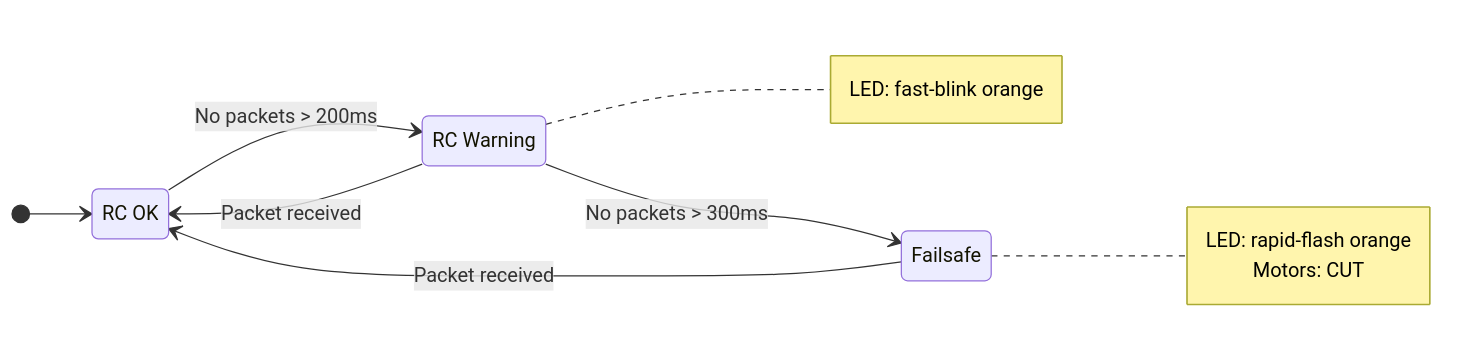
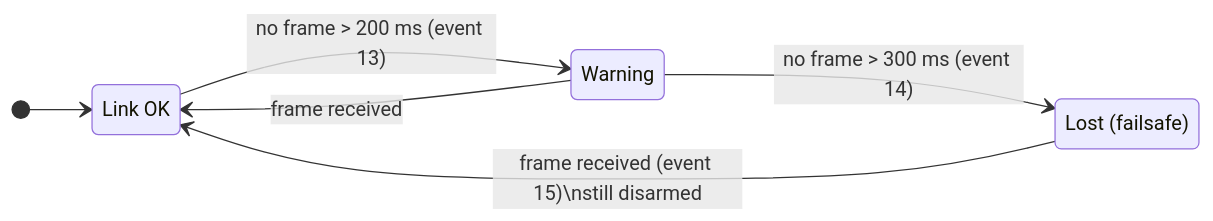
The second of 6 diagrams in STATE_DIAGRAMS.md (Ragarnoy/elle-rs), drawn with Mermaid before and after one commit. The commit also changed other lines of this file, not shown here.

First line of the commit message:
STATE_DIAGRAMS: separate machines for arming, link, mode, autotune, cal, ULog

````diff
--- a/STATE_DIAGRAMS.md
+++ b/STATE_DIAGRAMS.md
@@ -161,23 +41,13 @@
 ```mermaid
 stateDiagram-v2
     direction LR
+    state "Link OK" as OK
+    state "Warning" as W
+    state "Lost (failsafe)" as L
 
-    state "RC OK" as RC_OK
-    state "RC Warning" as RC_Warn
-    state "Failsafe" as Failsafe
-
-    [*] --> RC_OK
-    RC_OK --> RC_Warn: No packets > 200ms
-    RC_Warn --> Failsafe: No packets > 300ms
-    RC_Warn --> RC_OK: Packet received
-    Failsafe --> RC_OK: Packet received
-
-    note right of RC_Warn
-        LED: fast-blink orange
-    end note
-
-    note right of Failsafe
-        LED: rapid-flash orange
-        Motors: CUT
-    end note
+    [*] --> OK
+    OK --> W: no frame > 200 ms (event 13)
+    W --> L: no frame > 300 ms (event 14)
+    W --> OK: frame received
+    L --> OK: frame received (event 15)\nstill disarmed
 ```
````
